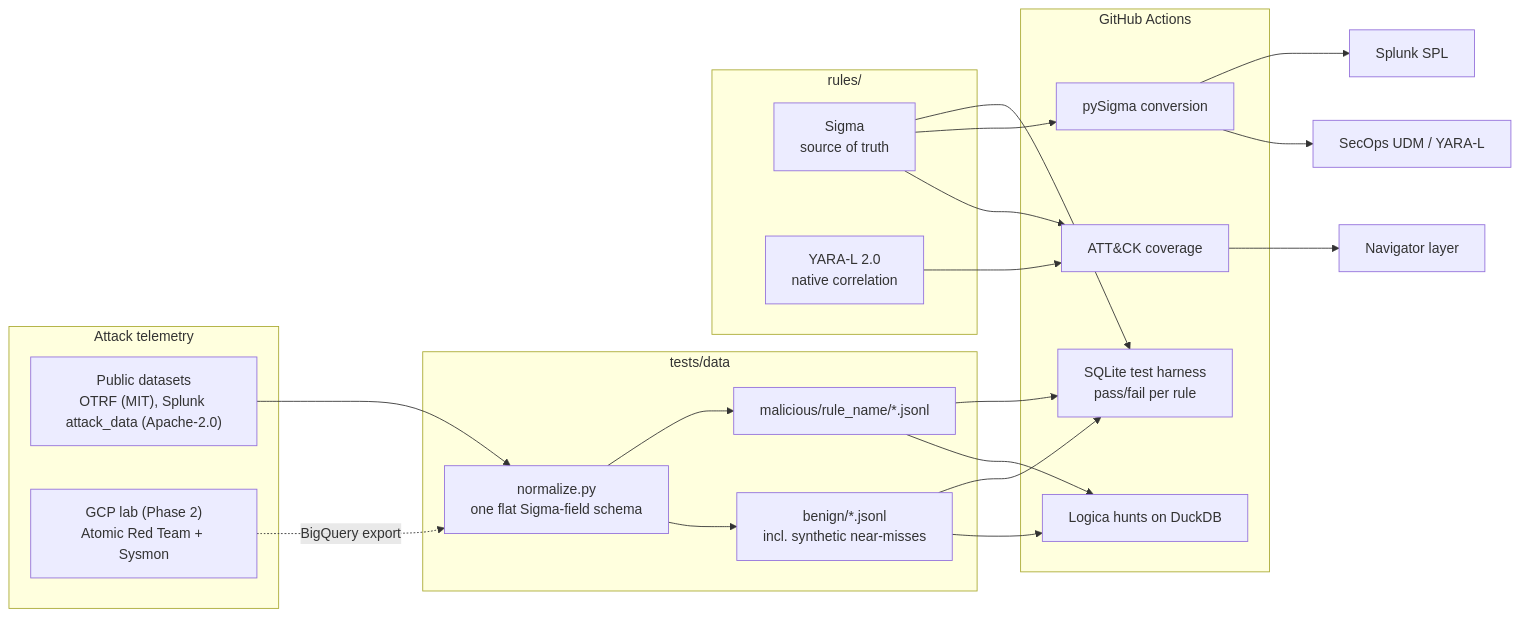
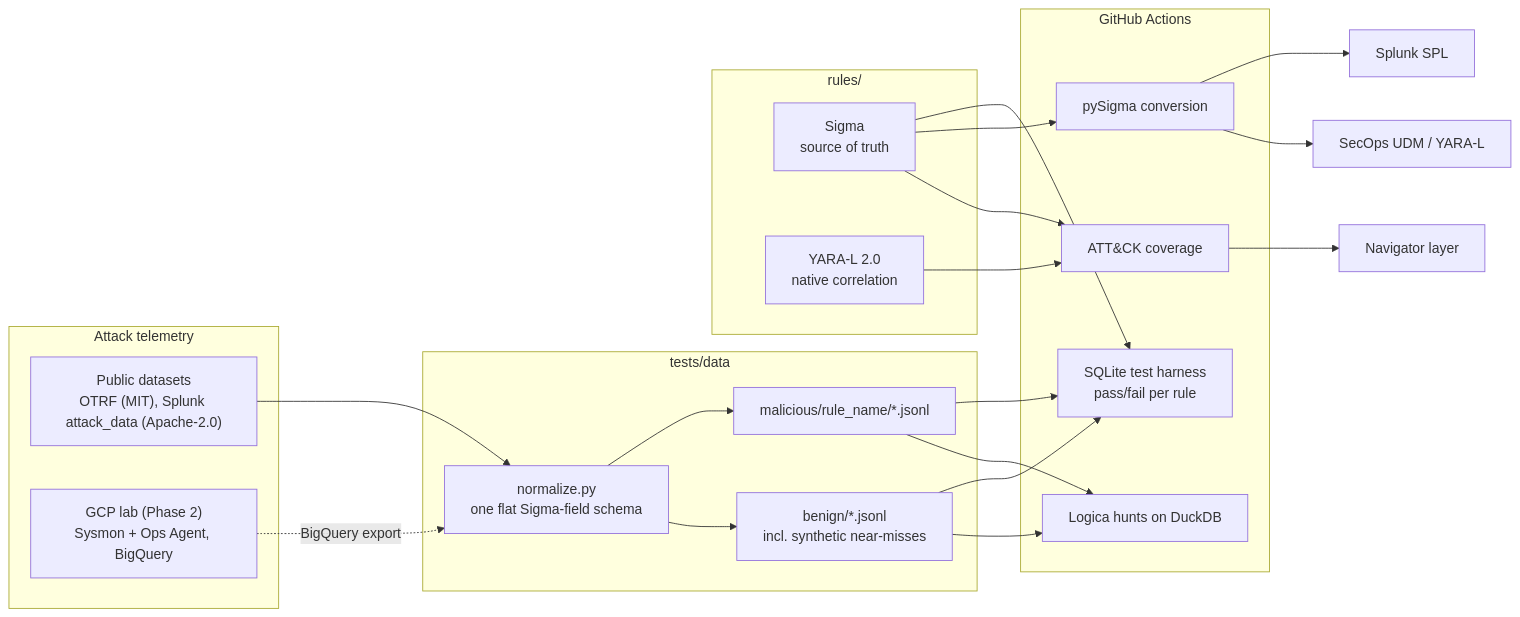
The first of 2 diagrams in README.md (aryandhuru49/Purple-Loop), drawn with Mermaid before and after one commit. The commit also changed other lines of this file and 5 other files, not shown here.

````diff
--- a/README.md
+++ b/README.md
@@ -33,34 +33,34 @@
 ```mermaid
 flowchart LR
     subgraph Sources["Attack telemetry"]
         P["Public datasets<br/>OTRF (MIT), Splunk attack_data (Apache-2.0)"]
-        L["GCP lab (Phase 2)<br/>Atomic Red Team + Sysmon"]
+        L["GCP lab (Phase 2)<br/>Sysmon + Ops Agent, BigQuery"]
     end
 
     subgraph Data["tests/data"]
         N["normalize.py<br/>one flat Sigma-field schema"]
         M["malicious/rule_name/*.jsonl"]
         B["benign/*.jsonl<br/>incl. synthetic near-misses"]
     end
 
     subgraph Rules["rules/"]
         S["Sigma<br/>source of truth"]
         Y["YARA-L 2.0<br/>native correlation"]
     end
 
     subgraph CI["GitHub Actions"]
         T["SQLite test harness<br/>pass/fail per rule"]
         C["pySigma conversion"]
         H["Logica hunts on DuckDB"]
         V["ATT&CK coverage"]
     end
 
     P --> N
     L -. BigQuery export .-> N
     N --> M & B
     S --> T
     M & B --> T
     S --> C --> SPL["Splunk SPL"] & UDM["SecOps UDM / YARA-L"]
     M & B --> H
     S & Y --> V --> NAV["Navigator layer"]
 ```
````
